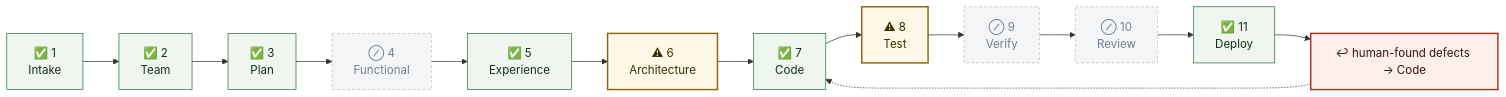
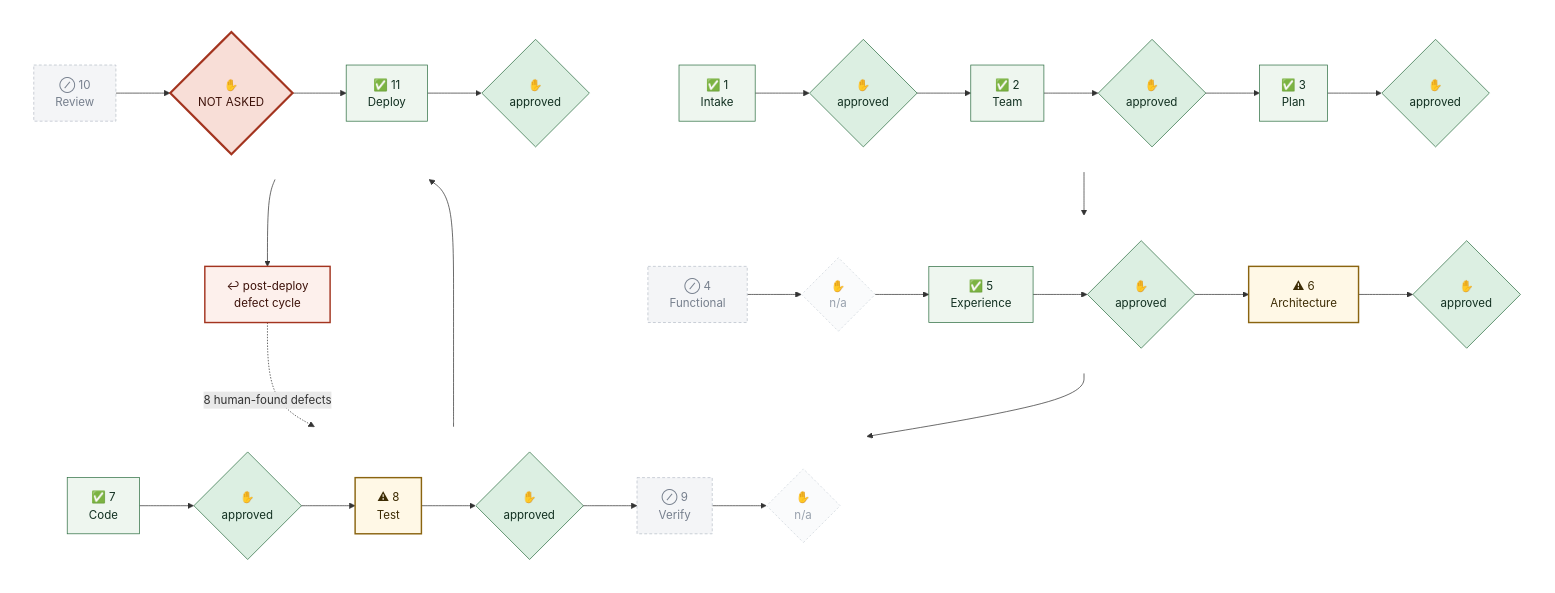
One commit to tandonakhil/AICluadeCode changed the diagram in projects/little-milestones/PIPELINE_LOG.md. Above: the diagram before and after it, drawn with Mermaid. The commit also changed 5 other files, not shown here.

First line of the commit message:
Graph: wrap at 7 boxes, human checkpoints as activated steps, mandatory control

````diff
--- a/projects/little-milestones/PIPELINE_LOG.md
+++ b/projects/little-milestones/PIPELINE_LOG.md
@@ -20,18 +20,45 @@
 ```mermaid
-flowchart LR
-  G1["✅ 1<br/>Intake"] --> G2["✅ 2<br/>Team"] --> G3["✅ 3<br/>Plan"]
-  G3 --> G4["⊘ 4<br/>Functional"] --> G5["✅ 5<br/>Experience"]
-  G5 --> G6["⚠ 6<br/>Architecture"] --> G7["✅ 7<br/>Code"] --> G8["⚠ 8<br/>Test"]
-  G8 --> G9["⊘ 9<br/>Verify"] --> G10["⊘ 10<br/>Review"] --> G11["✅ 11<br/>Deploy"]
-  G11 --> FIX["↩ human-found defects → Code"]
-  FIX -.-> G7
-
+flowchart TB
+  subgraph r1 [" "]
+    direction LR
+    G1["✅ 1<br/>Intake"] --> H1{"✋<br/>approved"} --> G2["✅ 2<br/>Team"] --> H2{"✋<br/>approved"} --> G3["✅ 3<br/>Plan"] --> H3{"✋<br/>approved"}
+  end
+  subgraph r2 [" "]
+    direction LR
+    G4["⊘ 4<br/>Functional"] --> H4{"✋<br/>n/a"} --> G5["✅ 5<br/>Experience"] --> H5{"✋<br/>approved"} --> G6["⚠ 6<br/>Architecture"] --> H6{"✋<br/>approved"}
+  end
+  subgraph r3 [" "]
+    direction LR
+    G7["✅ 7<br/>Code"] --> H7{"✋<br/>approved"} --> G8["⚠ 8<br/>Test"] --> H8{"✋<br/>approved"} --> G9["⊘ 9<br/>Verify"] --> H9{"✋<br/>n/a"}
+  end
+  subgraph r4 [" "]
+    direction LR
+    G10["⊘ 10<br/>Review"] --> H10{"✋<br/>NOT ASKED"} --> G11["✅ 11<br/>Deploy"] --> H11{"✋<br/>approved"}
+  end
+  H3 --> G4
+  H6 --> G7
+  H9 --> G10
+  FIX -.->|8 human-found defects| G7
+  FIX["↩ post-deploy<br/>defect cycle"]
+  H11 --> FIX
+  class FIX looped
   classDef done    fill:#eef6ef,stroke:#2f6f43,color:#123021
+  classDef active  fill:#fff8e6,stroke:#8a6410,stroke-width:2px,color:#3d2c04
   classDef looped  fill:#fdf0ec,stroke:#a3341f,stroke-width:2px,color:#3d1109
   classDef warn    fill:#fff8e6,stroke:#8a6410,stroke-width:2px,color:#3d2c04
+  classDef pending fill:#f4f5f7,stroke:#b8bfc9,color:#767f8d
   classDef skipped fill:#f4f5f7,stroke:#b8bfc9,color:#767f8d,stroke-dasharray:4 3
+  classDef hdone   fill:#dcefe2,stroke:#2f6f43,color:#123021
+  classDef hwait   fill:#ffe9a8,stroke:#8a6410,stroke-width:4px,color:#3d2c04
+  classDef hpend   fill:#fafbfc,stroke:#cfd5dd,color:#98a1ad,stroke-dasharray:3 3
+  classDef hskip   fill:#fafbfc,stroke:#cfd5dd,color:#98a1ad,stroke-dasharray:3 3
+  classDef hnone   fill:#f8ded7,stroke:#a3341f,stroke-width:3px,color:#3d1109
+  classDef rowbox  fill:none,stroke:none
   class G1,G2,G3,G5,G7,G11 done
+  class H1,H2,H3,H5,H6,H7,H8,H11 hdone
+  class G4,G9,G10 skipped
+  class H4,H9 hskip
   class G6,G8 warn
-  class G4,G9,G10 skipped
-  class FIX looped
+  class H10 hnone
+  class r1,r2,r3,r4 rowbox
 ```
````
